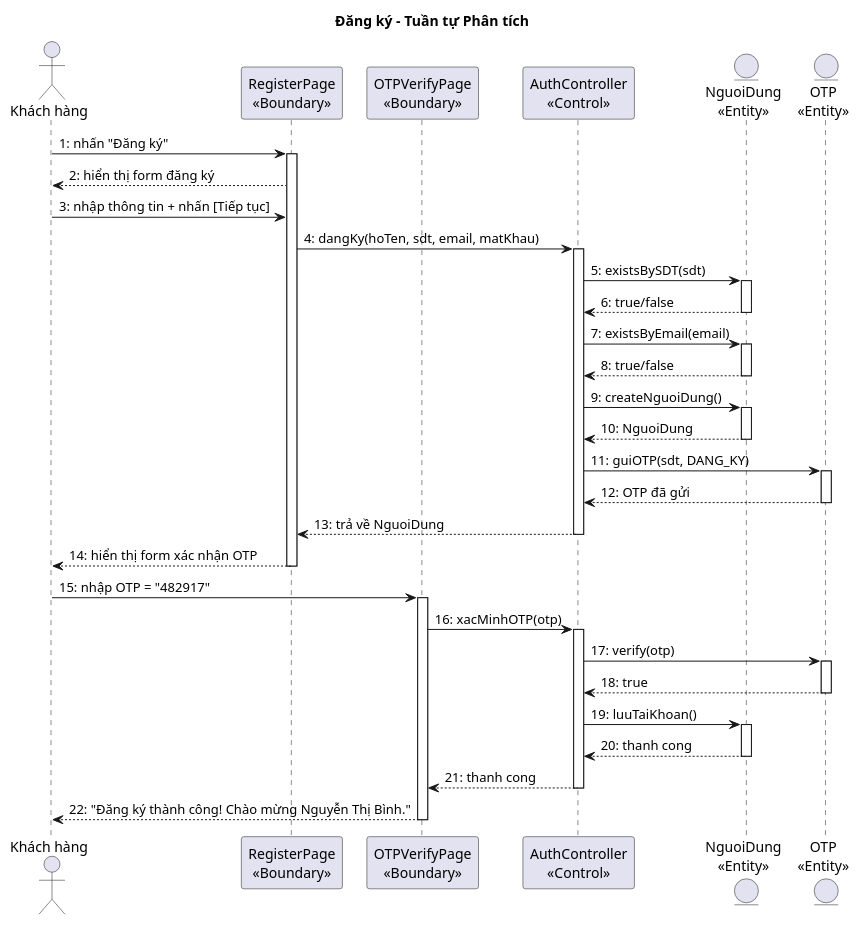
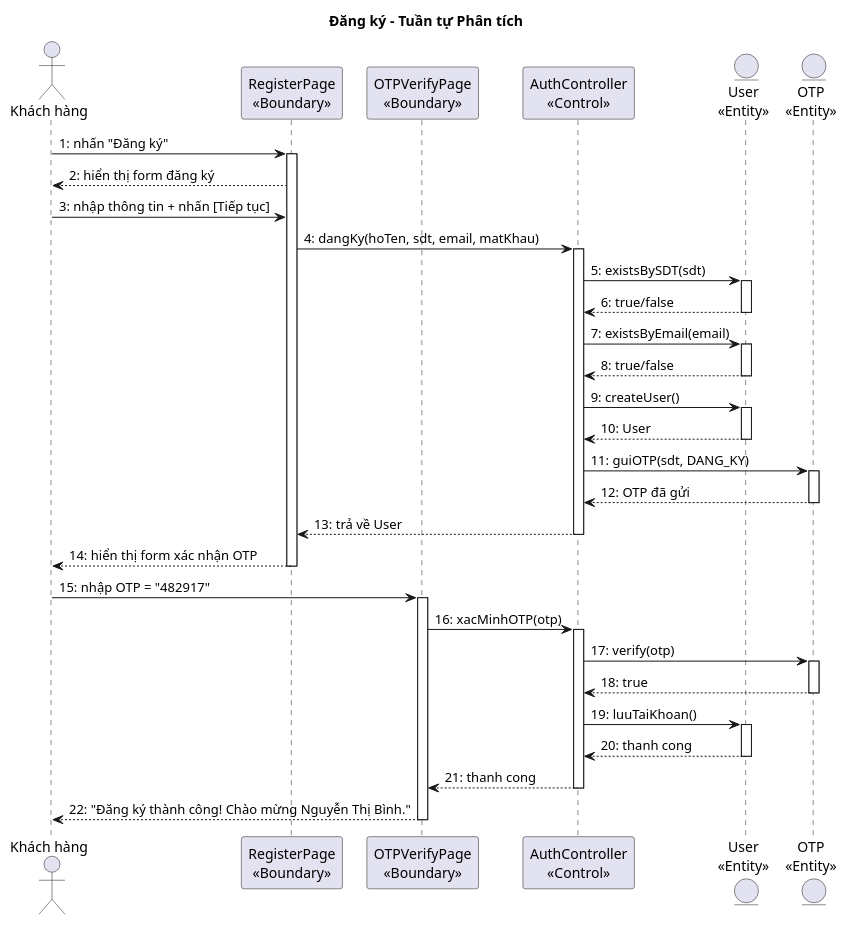
The second of 5 diagrams in docs/tabs/section-account-ii.md (thanhtrnnn/cnpm), drawn with PlantUML before and after one commit. The commit also changed other lines of this file and 15 other files, not shown here.

````diff
--- a/docs/tabs/section-account-ii.md
+++ b/docs/tabs/section-account-ii.md
@@ -250,56 +250,56 @@
 ```plantuml
 @startuml
 title Đăng ký – Tuần tự Phân tích
 
 actor "Khách hàng" as KH
 participant "RegisterPage\n<<Boundary>>" as B1
 participant "OTPVerifyPage\n<<Boundary>>" as B2
 participant "AuthController\n<<Control>>" as C1
-entity "NguoiDung\n<<Entity>>" as E1
+entity "User\n<<Entity>>" as E1
 entity "OTP\n<<Entity>>" as E2
 
 KH -> B1 : 1: nhấn "Đăng ký"
 activate B1
 B1 --> KH : 2: hiển thị form đăng ký
 KH -> B1 : 3: nhập thông tin + nhấn [Tiếp tục]
 B1 -> C1 : 4: dangKy(hoTen, sdt, email, matKhau)
 activate C1
 C1 -> E1 : 5: existsBySDT(sdt)
 activate E1
 E1 --> C1 : 6: true/false
 deactivate E1
 C1 -> E1 : 7: existsByEmail(email)
 activate E1
 E1 --> C1 : 8: true/false
 deactivate E1
-C1 -> E1 : 9: createNguoiDung()
+C1 -> E1 : 9: createUser()
 activate E1
-E1 --> C1 : 10: NguoiDung
+E1 --> C1 : 10: User
 deactivate E1
 C1 -> E2 : 11: guiOTP(sdt, DANG_KY)
 activate E2
 E2 --> C1 : 12: OTP đã gửi
 deactivate E2
-C1 --> B1 : 13: trả về NguoiDung
+C1 --> B1 : 13: trả về User
 deactivate C1
 B1 --> KH : 14: hiển thị form xác nhận OTP
 deactivate B1
 
 KH -> B2 : 15: nhập OTP = "482917"
 activate B2
 B2 -> C1 : 16: xacMinhOTP(otp)
 activate C1
 C1 -> E2 : 17: verify(otp)
 activate E2
 E2 --> C1 : 18: true
 deactivate E2
 C1 -> E1 : 19: luuTaiKhoan()
 activate E1
 E1 --> C1 : 20: thanh cong
 deactivate E1
 C1 --> B2 : 21: thanh cong
 deactivate C1
 B2 --> KH : 22: "Đăng ký thành công! Chào mừng Nguyễn Thị Bình."
 deactivate B2
 @enduml
 ```
````
